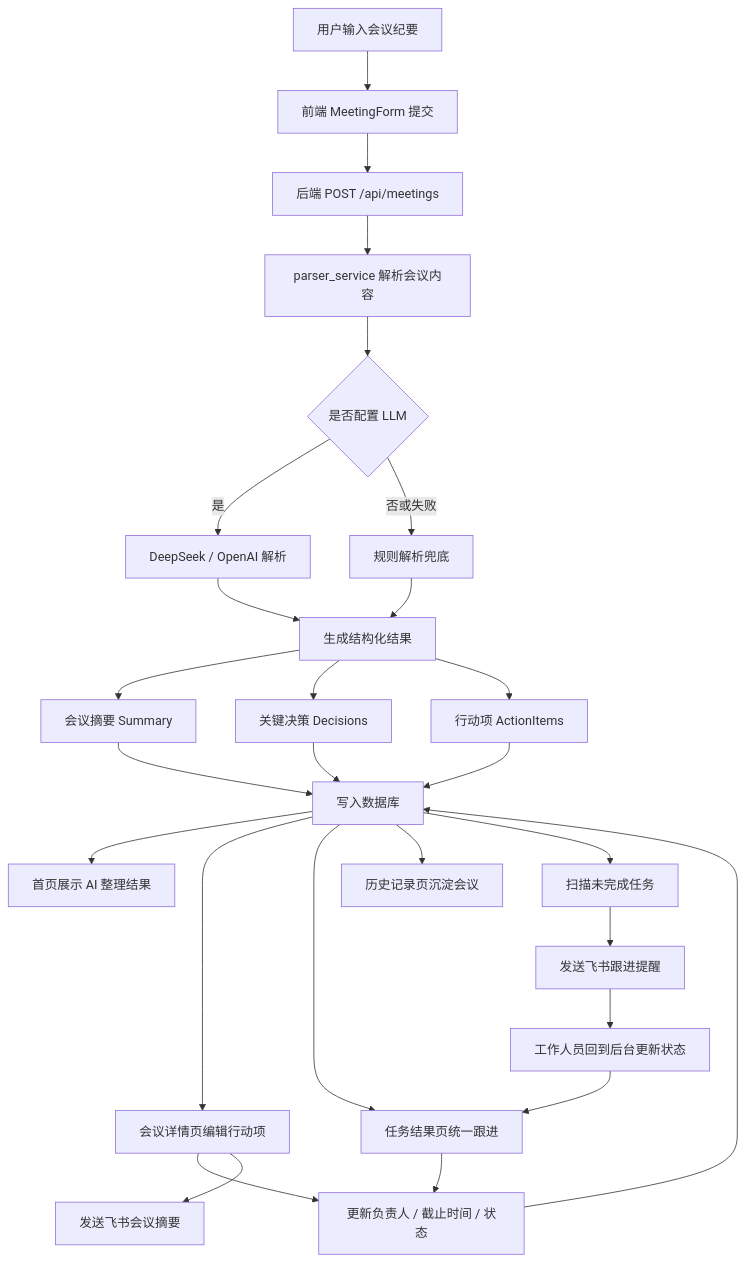
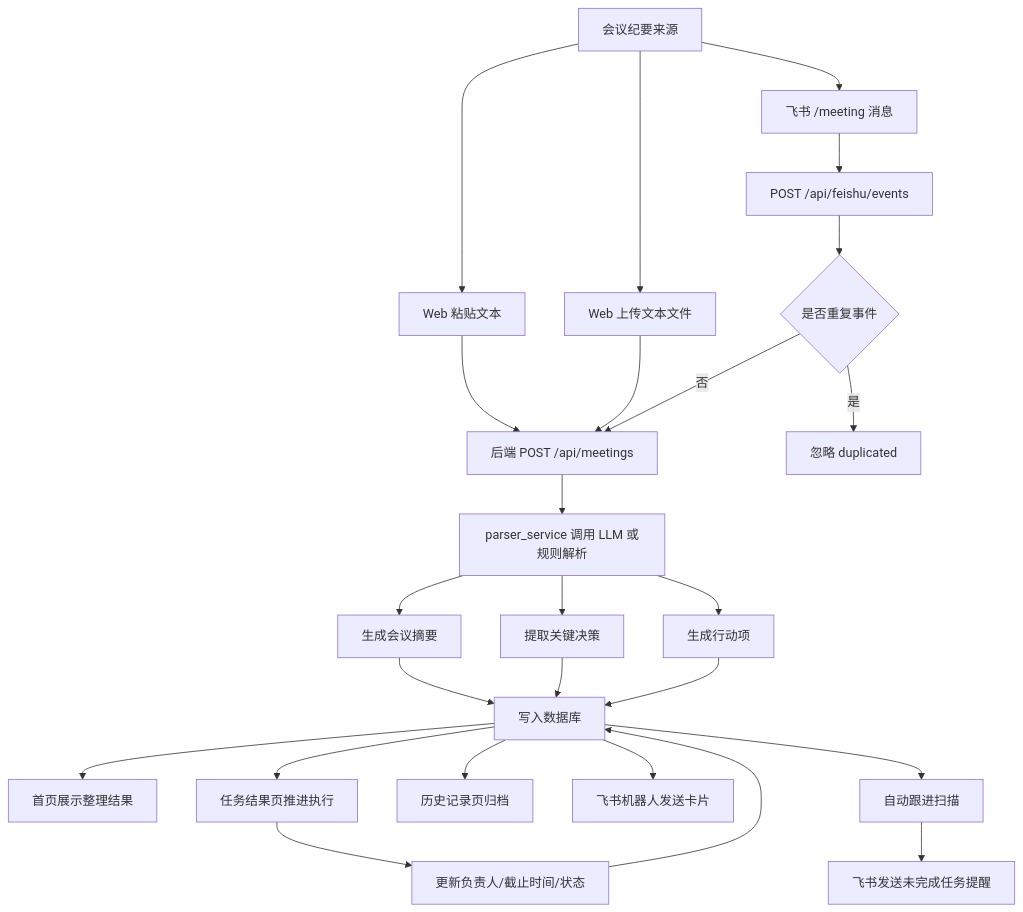
One commit to Ping-z330/action_bridge changed the first of 2 diagrams in README.md. Above: the diagram before and after it, drawn with Mermaid. The commit also changed other lines of this file and 4 other files, not shown here.

````diff
--- a/README.md
+++ b/README.md
@@ -16,36 +29,34 @@
 ```mermaid
 flowchart TD
-    A[用户输入会议纪要] --> B[前端 MeetingForm 提交]
-    B --> C[后端 POST /api/meetings]
-    C --> D[parser_service 解析会议内容]
+    A[会议纪要来源] --> A1[Web 粘贴文本]
+    A --> A2[Web 上传文本文件]
+    A --> A3[飞书 /meeting 消息]
 
-    D --> D1{是否配置 LLM}
-    D1 -->|是| E[DeepSeek / OpenAI 解析]
-    D1 -->|否或失败| F[规则解析兜底]
+    A1 --> B[后端 POST /api/meetings]
+    A2 --> B
+    A3 --> C[POST /api/feishu/events]
 
-    E --> G[生成结构化结果]
-    F --> G
+    C --> C1{是否重复事件}
+    C1 -->|是| C2[忽略 duplicated]
+    C1 -->|否| B
 
-    G --> G1[会议摘要 Summary]
-    G --> G2[关键决策 Decisions]
-    G --> G3[行动项 ActionItems]
+    B --> D[parser_service 调用 LLM 或规则解析]
+    D --> E[生成会议摘要]
+    D --> F[提取关键决策]
+    D --> G[生成行动项]
 
-    G1 --> H[写入数据库]
-    G2 --> H
-    G3 --> H
+    E --> H[写入数据库]
+    F --> H
+    G --> H
 
-    H --> I[首页展示 AI 整理结果]
-    H --> J[会议详情页编辑行动项]
-    H --> K[任务结果页统一跟进]
-    H --> L[历史记录页沉淀会议]
+    H --> I[首页展示整理结果]
+    H --> J[任务结果页推进执行]
+    H --> K[历史记录页归档]
+    H --> L[飞书机器人发送卡片]
 
-    J --> M[更新负责人 / 截止时间 / 状态]
-    K --> M
+    J --> M[更新负责人/截止时间/状态]
     M --> H
 
-    J --> N[发送飞书会议摘要]
-    H --> O[扫描未完成任务]
-    O --> P[发送飞书跟进提醒]
-    P --> Q[工作人员回到后台更新状态]
-    Q --> K
+    H --> N[自动跟进扫描]
+    N --> O[飞书发送未完成任务提醒]
 ```
````
